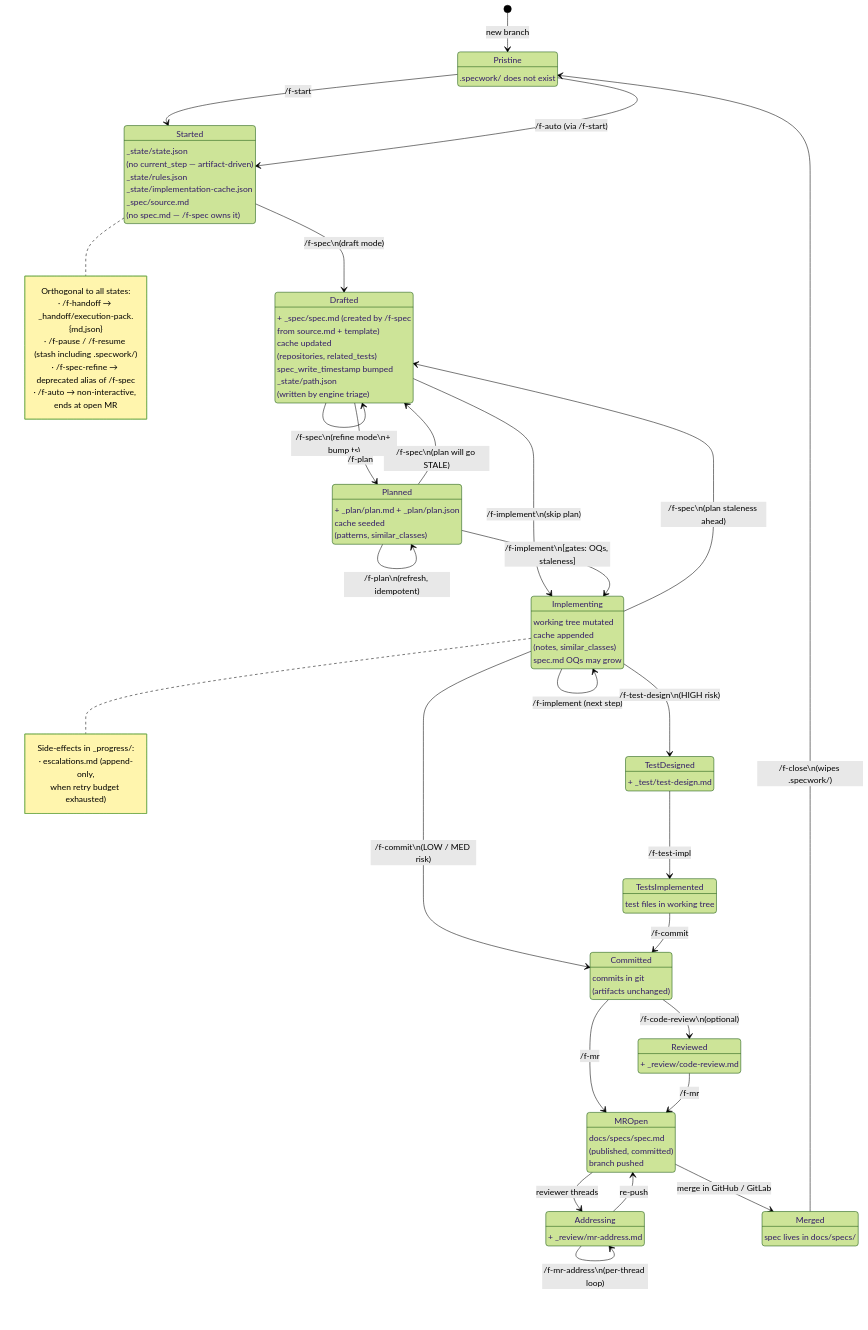
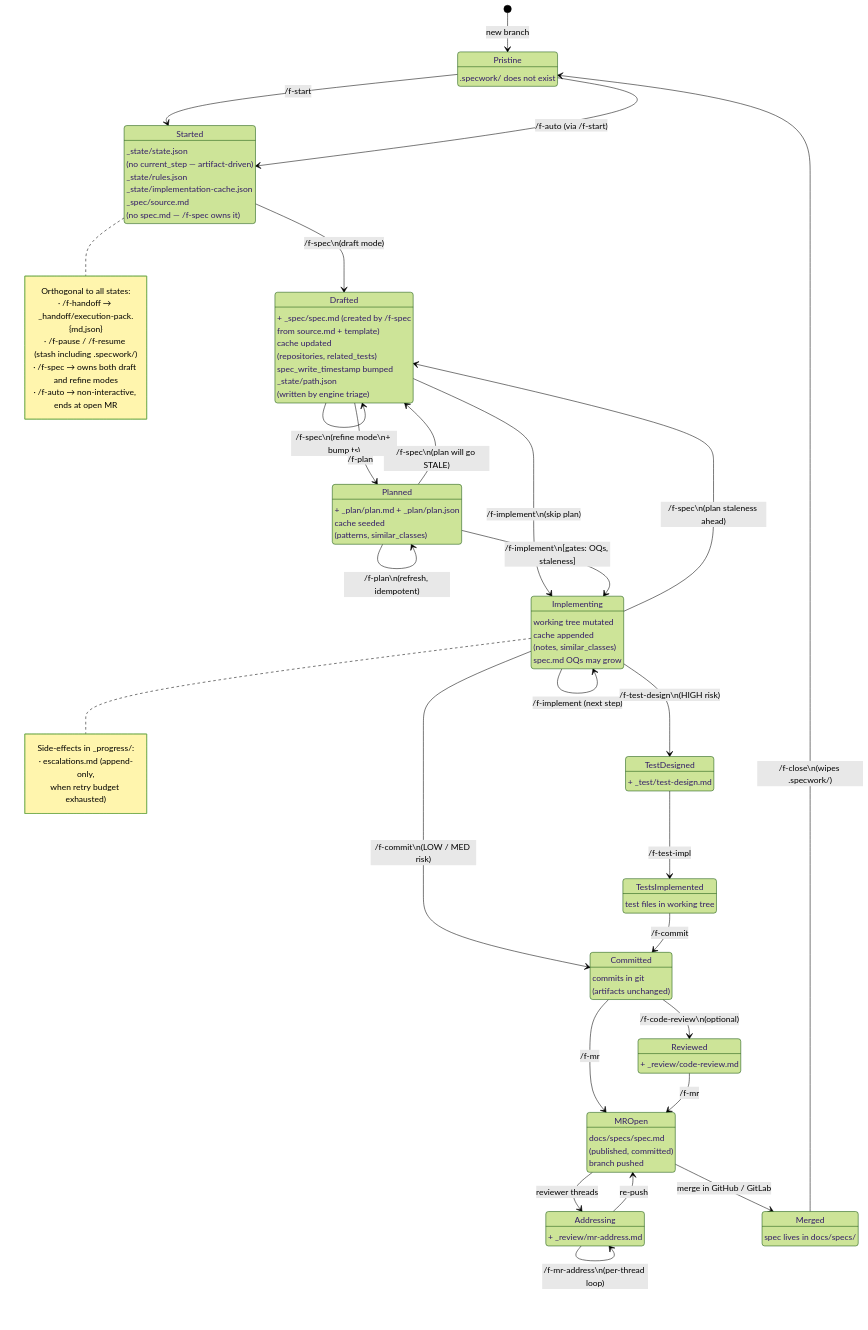
The third of 3 diagrams in docs/learning/sdd-state-diagrams.md (gatsby2008/open-sdd), drawn with Mermaid (forest theme) before and after one commit. The commit also changed other lines of this file and 12 other files, not shown here.

Commit message:
chore: remove f-refine and align SDD docs/flows

````diff
--- a/docs/learning/sdd-state-diagrams.md
+++ b/docs/learning/sdd-state-diagrams.md
@@ -248,7 +248,7 @@
         Orthogonal to all states:
         · /f-handoff → _handoff/execution-pack.{md,json}
         · /f-pause / /f-resume (stash including .specwork/)
-        · /f-spec-refine → deprecated alias of /f-spec
+        · /f-spec → owns both draft and refine modes
         · /f-auto → non-interactive, ends at open MR
     end note
 ```
````
